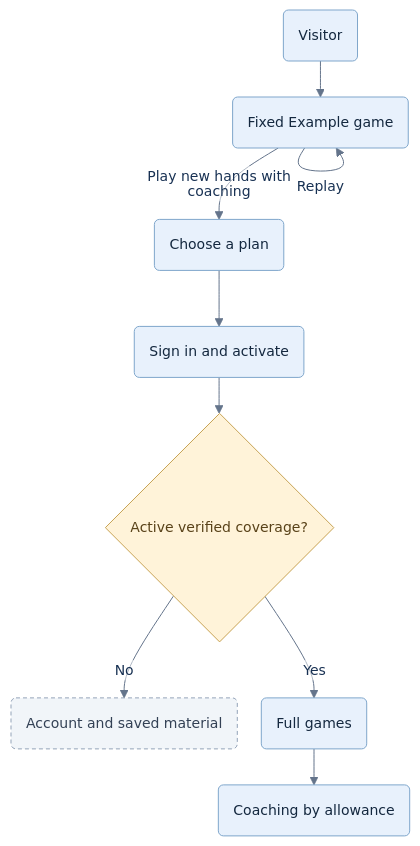
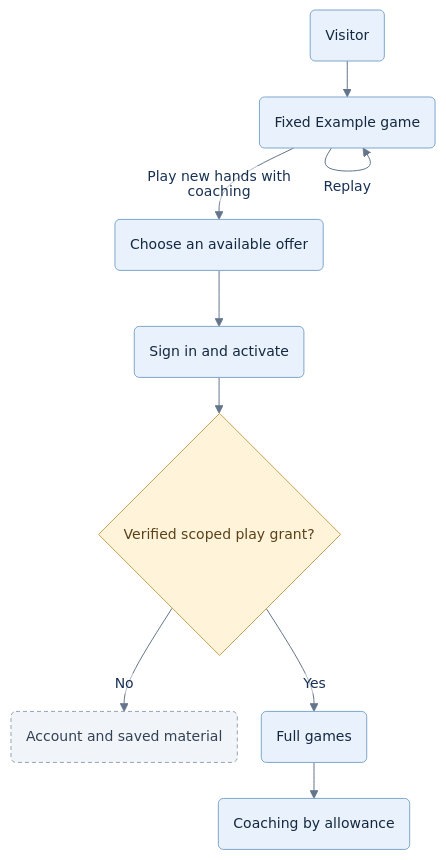
One commit to aflashback/cardford-as-is changed the first of 2 diagrams in planning/06-commercialization.md. Above: the diagram before and after it, drawn with Mermaid. The commit also changed other lines of this file and 16 other files, not shown here.

Commit message:
Amend plan for online demo configurable access and mobile reuse

````diff
--- a/planning/06-commercialization.md
+++ b/planning/06-commercialization.md
@@ -29,23 +31,23 @@
 ```mermaid
 %%{init: {"theme":"base","themeVariables":{"fontFamily":"Segoe UI, Arial, sans-serif","fontSize":"14px","lineColor":"#64748B","textColor":"#183153","primaryTextColor":"#183153","edgeLabelBackground":"#FFFFFF","clusterBkg":"#F8FAFC","clusterBorder":"#CBD5E1"},"flowchart":{"curve":"basis","htmlLabels":false,"nodeSpacing":24,"rankSpacing":36}}}%%
 flowchart TD
   accTitle: From example to subscribed play
-  accDescr: Visitors can repeat the fixed authored example. Full games require verified active individual or family coverage; coaching then follows the member allowance.
+  accDescr: Visitors can repeat the online authored example. Full games require verified scoped play coverage; coaching follows a separate permission and allowance.
   A("Visitor"):::view
   B("Fixed Example game"):::view
-  C("Choose a plan"):::view
+  C("Choose an available offer"):::view
   D("Sign in and activate"):::view
-  E{"Active verified coverage?"}:::gate
+  E{"Verified scoped play grant?"}:::gate
   F("Account and saved material"):::muted
   G("Full games"):::view
   H("Coaching by allowance"):::view
   A --> B
   B -- "Replay" --> B
   B -- "Play new hands with coaching" --> C
   C --> D --> E
   E -- "Yes" --> G --> H
   E -- "No" --> F
   classDef view fill:#E8F1FC,stroke:#7FA6CB,color:#14283F;
   classDef gate fill:#FFF3D9,stroke:#C7A253,color:#594219;
   classDef muted fill:#F1F5F9,stroke:#94A3B8,color:#334155,stroke-dasharray:4 3;
 ```
````
